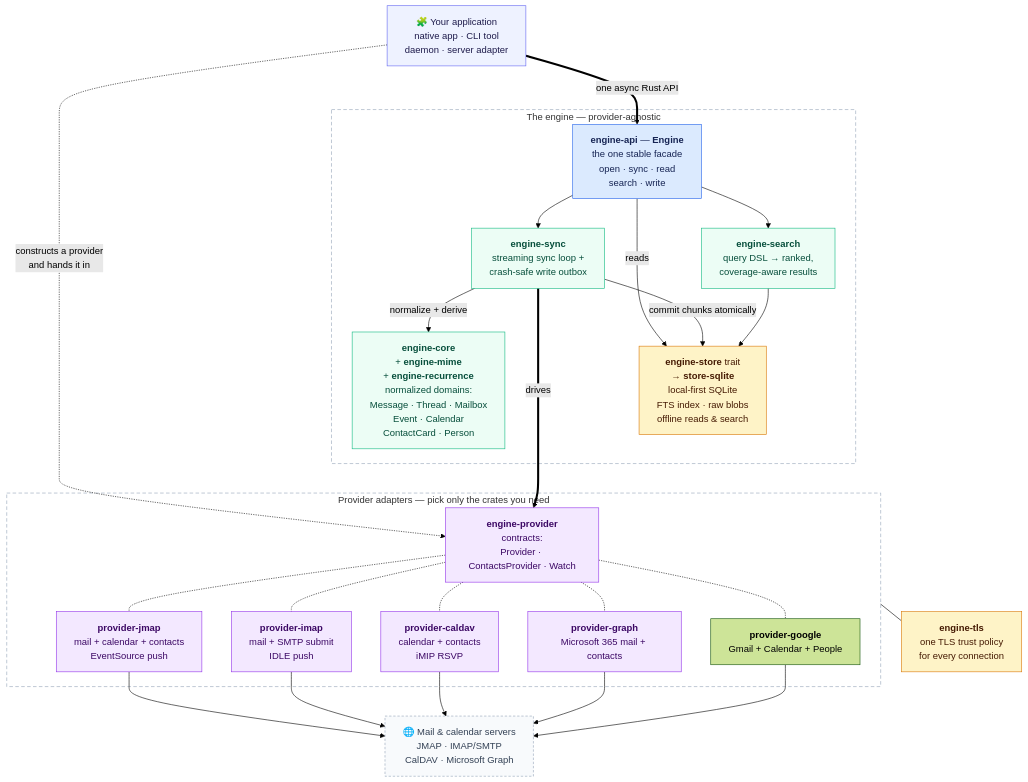
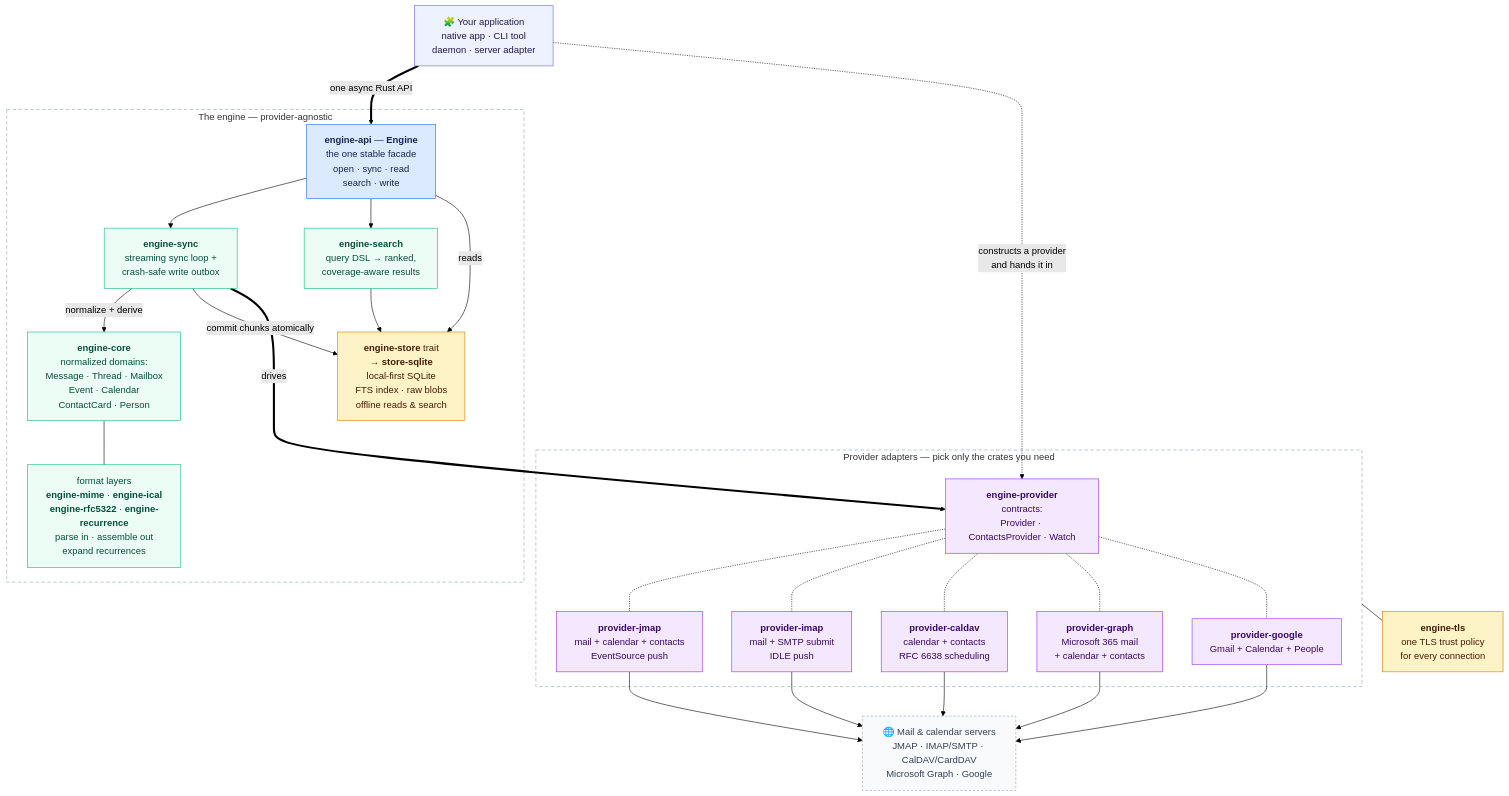
One commit to allodia-eu/email-calendar-sync-engine changed the first of 3 diagrams in README.md. Above: the diagram before and after it, drawn with Mermaid (forest theme). The commit also changed other lines of this file and 1 other file, not shown here.

First line of the commit message:
Say what the engine actually does, on all five providers

````diff
--- a/README.md
+++ b/README.md
@@ -147,64 +187,66 @@
 ```mermaid
 flowchart TD
     HOST["🧩 Your application<br/>native app · CLI tool<br/>daemon · server adapter"]
 
     HOST ==>|"one async Rust API"| API
     HOST -.->|"constructs a provider<br/>and hands it in"| TRAIT
 
     subgraph ENGINE["The engine — provider-agnostic"]
         API["<b>engine-api</b> — <b>Engine</b><br/>the one stable facade<br/>open · sync · read<br/>search · write"]
         SYNC["<b>engine-sync</b><br/>streaming sync loop +<br/>crash-safe write outbox"]
         SEARCH["<b>engine-search</b><br/>query DSL → ranked,<br/>coverage-aware results"]
-        MODEL["<b>engine-core</b><br/>+ <b>engine-mime</b><br/>+ <b>engine-recurrence</b><br/>normalized domains:<br/>Message · Thread · Mailbox<br/>Event · Calendar<br/>ContactCard · Person"]
+        MODEL["<b>engine-core</b><br/>normalized domains:<br/>Message · Thread · Mailbox<br/>Event · Calendar<br/>ContactCard · Person"]
+        FORMATS["format layers<br/><b>engine-mime</b> · <b>engine-ical</b><br/><b>engine-rfc5322</b> · <b>engine-recurrence</b><br/>parse in · assemble out<br/>expand recurrences"]
         STORE["<b>engine-store</b> trait<br/>→ <b>store-sqlite</b><br/>local-first SQLite<br/>FTS index · raw blobs<br/>offline reads &amp; search"]
 
         API --> SYNC
         API --> SEARCH
         API -->|reads| STORE
         SYNC -->|normalize + derive| MODEL
         SYNC -->|commit chunks atomically| STORE
         SEARCH --> STORE
+        MODEL --- FORMATS
     end
 
     subgraph ADAPTERS["Provider adapters — pick only the crates you need"]
         TRAIT["<b>engine-provider</b><br/>contracts:<br/>Provider · ContactsProvider · Watch"]
         JMAP["<b>provider-jmap</b><br/>mail + calendar + contacts<br/>EventSource push"]
         IMAP["<b>provider-imap</b><br/>mail + SMTP submit<br/>IDLE push"]
-        CALDAV["<b>provider-caldav</b><br/>calendar + contacts<br/>iMIP RSVP"]
-        GRAPH["<b>provider-graph</b><br/>Microsoft 365 mail + contacts"]
+        CALDAV["<b>provider-caldav</b><br/>calendar + contacts<br/>RFC 6638 scheduling"]
+        GRAPH["<b>provider-graph</b><br/>Microsoft 365 mail<br/>+ calendar + contacts"]
         GOOGLE["<b>provider-google</b><br/>Gmail + Calendar + People"]
 
         TRAIT -.- JMAP
         TRAIT -.- IMAP
         TRAIT -.- CALDAV
         TRAIT -.- GRAPH
         TRAIT -.- GOOGLE
     end
 
     TLS["<b>engine-tls</b><br/>one TLS trust policy<br/>for every connection"]
 
     SYNC ==>|"drives"| TRAIT
     STORE ~~~ TRAIT
     ADAPTERS --- TLS
-    JMAP --> SRV["🌐 Mail &amp; calendar servers<br/>JMAP · IMAP/SMTP<br/>CalDAV · Microsoft Graph"]
+    JMAP --> SRV["🌐 Mail &amp; calendar servers<br/>JMAP · IMAP/SMTP · CalDAV/CardDAV<br/>Microsoft Graph · Google"]
     IMAP --> SRV
     CALDAV --> SRV
     GRAPH --> SRV
     GOOGLE --> SRV
 
     classDef host fill:#eef2ff,stroke:#6366f1,color:#1e1b4b
     classDef facade fill:#dbeafe,stroke:#2563eb,color:#172554
     classDef internal fill:#ecfdf5,stroke:#10b981,color:#064e3b
     classDef storec fill:#fef3c7,stroke:#d97706,color:#451a03
     classDef adapter fill:#f3e8ff,stroke:#9333ea,color:#3b0764
     classDef external fill:#f8fafc,stroke:#94a3b8,color:#334155,stroke-dasharray: 4 3
 
     class HOST host
     class API facade
-    class SYNC,SEARCH,MODEL internal
+    class SYNC,SEARCH,MODEL,FORMATS internal
     class STORE,TLS storec
-    class TRAIT,JMAP,IMAP,CALDAV,GRAPH adapter
+    class TRAIT,JMAP,IMAP,CALDAV,GRAPH,GOOGLE adapter
     class SRV external
     style ENGINE fill:none,stroke:#94a3b8,stroke-dasharray: 6 4
     style ADAPTERS fill:none,stroke:#94a3b8,stroke-dasharray: 6 4
 ```
````
